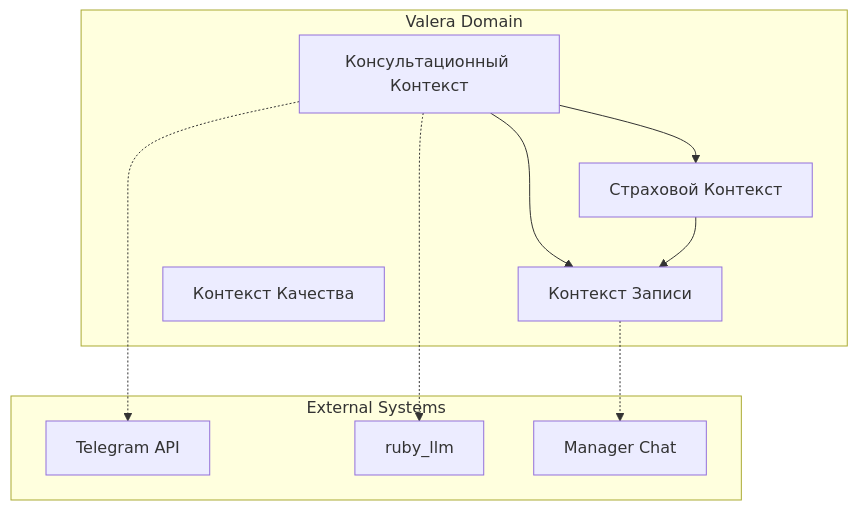
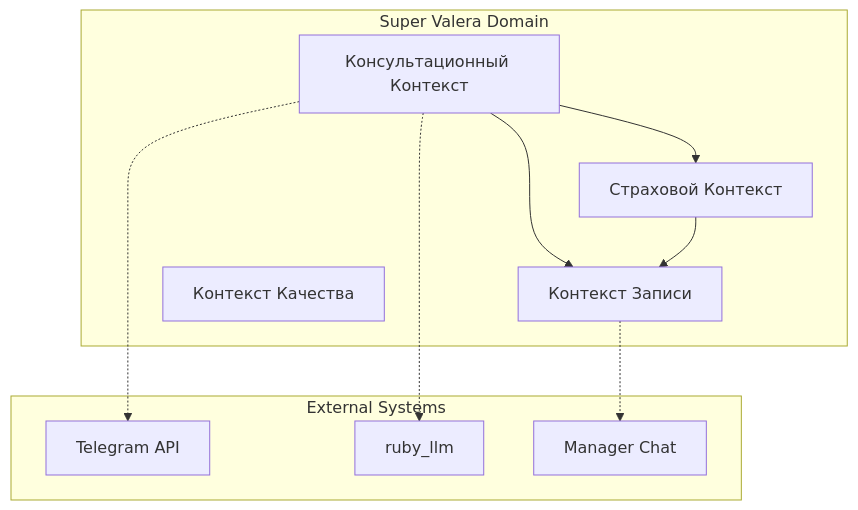
The diagram in docs/domain/bounded-contexts.md (dapi/valera), drawn with Mermaid before and after one commit. The commit also changed other lines of this file and 65 other files, not shown here.

First line of the commit message:
docs: Ребрендинг Valera → Super Valera

````diff
--- a/docs/domain/bounded-contexts.md
+++ b/docs/domain/bounded-contexts.md
@@ -13,23 +13,23 @@
 ```mermaid
 graph TB
-    subgraph "Valera Domain"
+    subgraph "Super Valera Domain"
         CC[Консультационный Контекст]
         IC[Страховой Контекст]
         BK[Контекст Записи]
         QC[Контекст Качества]
     end
 
     CC --> IC
     CC --> BK
     IC --> BK
 
     subgraph "External Systems"
         TG[Telegram API]
         LLM[ruby_llm]
         MAN[Manager Chat]
     end
 
     CC -.-> TG
     CC -.-> LLM
     BK -.-> MAN
 ```
````
